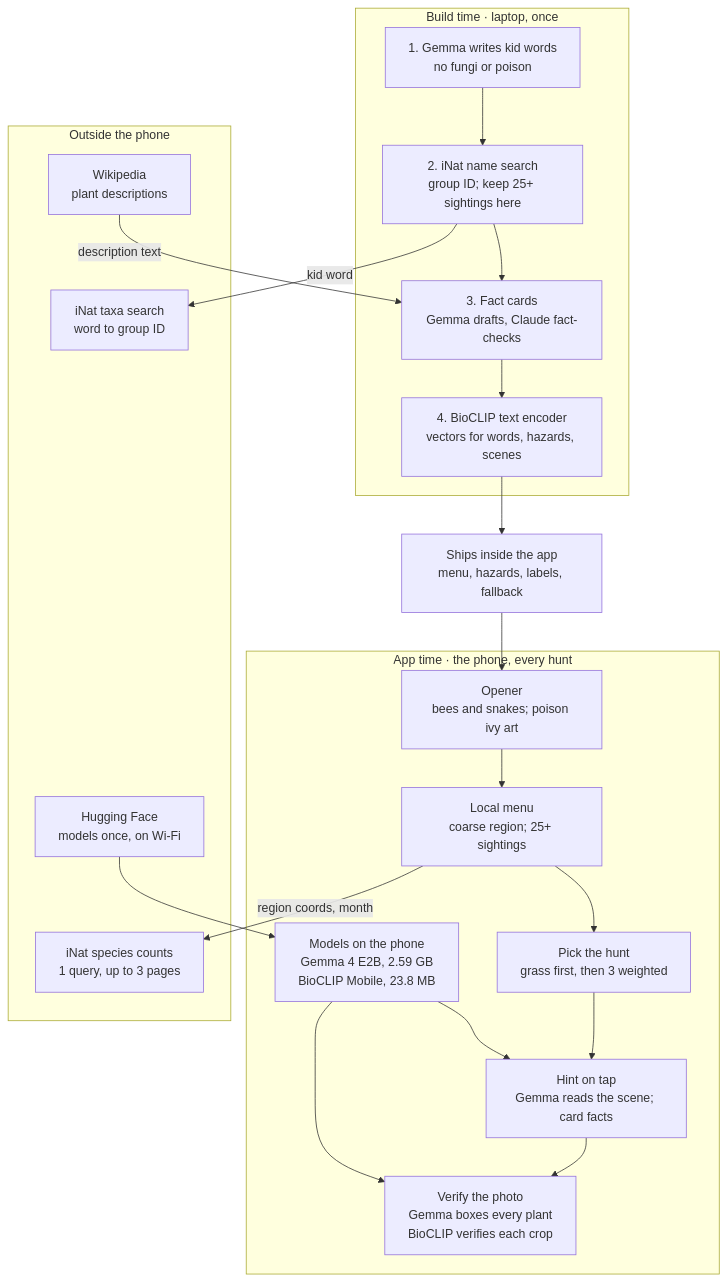
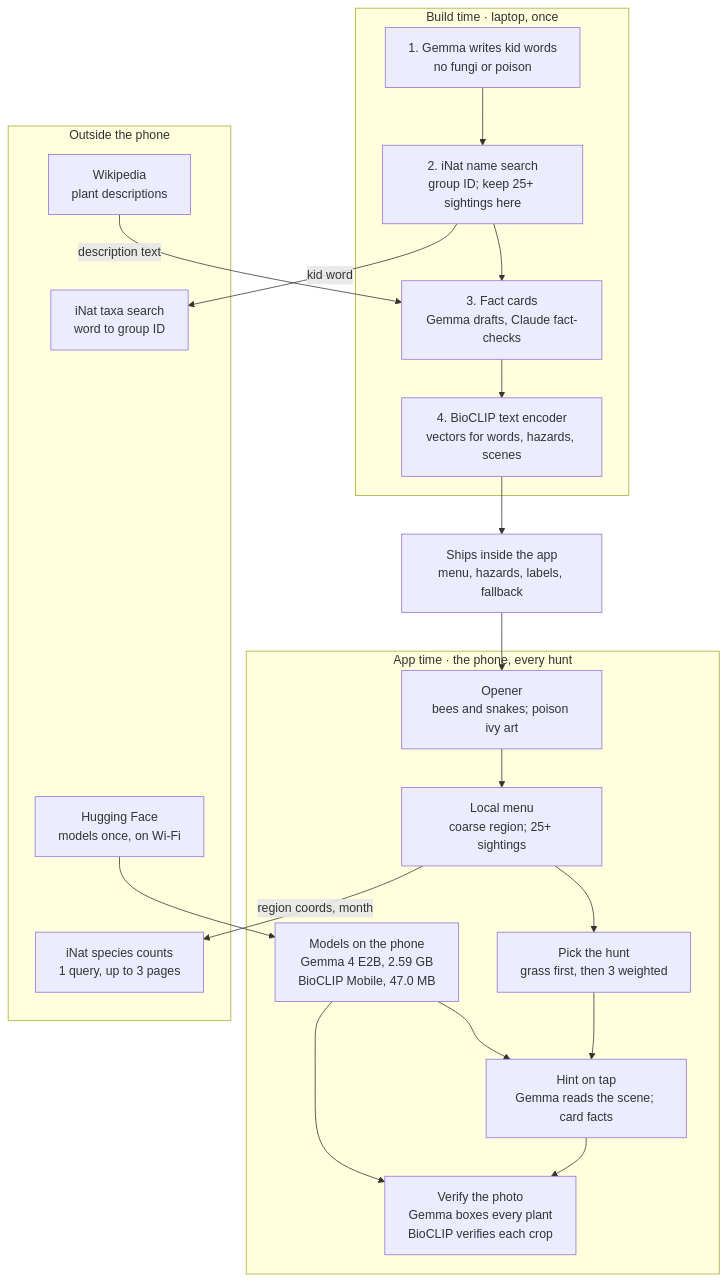
The diagram in docs/PRD.md (anchildress1/wild-find), drawn with Mermaid before and after one commit. The commit also changed other lines of this file and 10 other files, not shown here.

First line of the commit message:
feat: run BioCLIP on the phone; repin to fp32 after fp16 NaNs on ARM (#6)

````diff
--- a/docs/PRD.md
+++ b/docs/PRD.md
@@ -173,43 +173,43 @@
 ```mermaid
 %%{init: {'theme': 'default'}}%%
 flowchart TD
     accTitle: wild-find architecture
     accDescr: Build time runs once on a laptop and ships menu, hazards, labels, and a fallback list inside the app. At app time the phone runs the opener, local menu, hunt pick, hints, and verification. Photos and precise location never leave the phone.
 
     subgraph build["Build time · laptop, once"]
         B1["1. Gemma writes kid words<br/>no fungi or poison"]
         B2["2. iNat name search<br/>group ID; keep 25+ sightings here"]
         B3["3. Fact cards<br/>Gemma drafts, Claude fact-checks"]
         B4["4. BioCLIP text encoder<br/>vectors for words, hazards, scenes"]
         B1 --> B2 --> B3 --> B4
     end
 
     SHIP["Ships inside the app<br/>menu, hazards, labels, fallback"]
     B4 --> SHIP
 
     subgraph app["App time · the phone, every hunt"]
         A1["Opener<br/>bees and snakes; poison ivy art"]
         A2["Local menu<br/>coarse region; 25+ sightings"]
         A3["Pick the hunt<br/>grass first, then 3 weighted"]
         A4["Hint on tap<br/>Gemma reads the scene; card facts"]
         A5["Verify the photo<br/>Gemma boxes every plant<br/>BioCLIP verifies each crop"]
-        M["Models on the phone<br/>Gemma 4 E2B, 2.59 GB<br/>BioCLIP Mobile, 23.8 MB"]
+        M["Models on the phone<br/>Gemma 4 E2B, 2.59 GB<br/>BioCLIP Mobile, 47.0 MB"]
         A1 --> A2 --> A3 --> A4 --> A5
         M --> A4
         M --> A5
     end
 
     SHIP --> A1
 
     subgraph outside["Outside the phone"]
         E1["iNat taxa search<br/>word to group ID"]
         E2["Wikipedia<br/>plant descriptions"]
         E3["iNat species counts<br/>1 query, up to 3 pages"]
         E4["Hugging Face<br/>models once, on Wi-Fi"]
     end
 
     B2 -- "kid word" --> E1
     E2 -- "description text" --> B3
     A2 -- "region coords, month" --> E3
     E4 --> M
 ```
````
